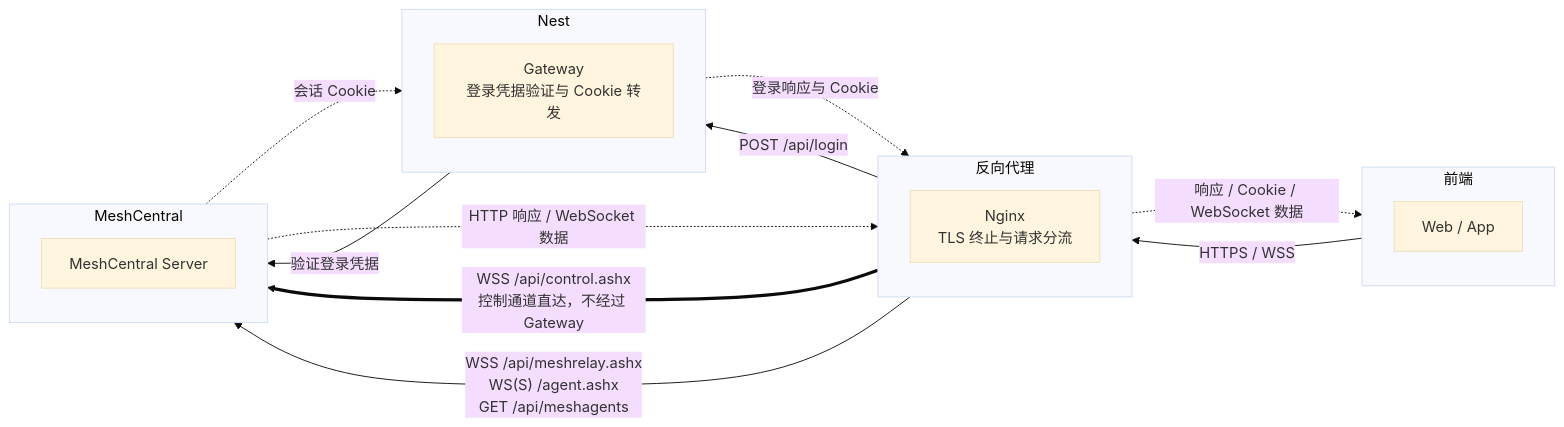
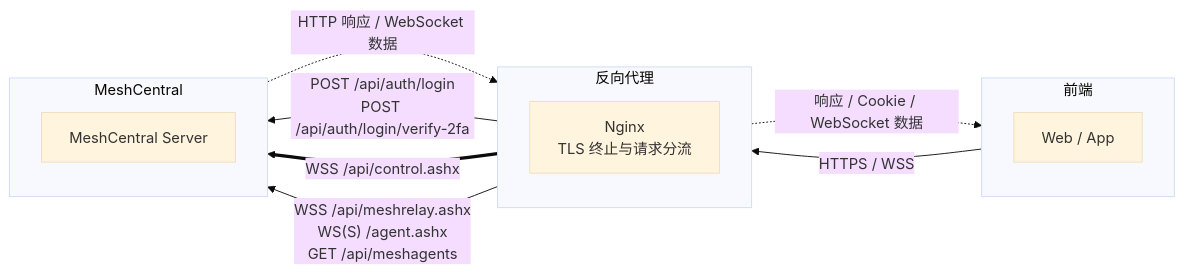
Before and after one commit to XiaoLop/nodexa-rmm: the diagram in deploy/README.md, drawn with Mermaid (base theme). The commit also changed other lines of this file and 52 other files, not shown here.

````diff
--- a/deploy/README.md
+++ b/deploy/README.md
@@ -80,32 +80,24 @@
 ```mermaid
 flowchart LR
   subgraph frontend["前端"]
     direction TB
     browser["Web / App"]
   end
 
   subgraph reverseProxy["反向代理"]
     direction TB
     nginx["Nginx<br/>TLS 终止与请求分流"]
   end
 
-  subgraph nest["Nest"]
-    direction TB
-    gateway["Gateway<br/>登录凭据验证与 Cookie 转发"]
-  end
-
   subgraph meshcentralLayer["MeshCentral"]
     direction TB
     meshcentral["MeshCentral Server"]
   end
 
   browser -->|"HTTPS / WSS"| nginx
-  nginx -->|"POST /api/login"| gateway
-  gateway -->|"验证登录凭据"| meshcentral
-  meshcentral -.->|"会话 Cookie"| gateway
-  gateway -.->|"登录响应与 Cookie"| nginx
-  nginx ==>|"WSS /api/control.ashx<br/>控制通道直达，不经过 Gateway"| meshcentral
+  nginx -->|"POST /api/auth/login<br/>POST /api/auth/login/verify-2fa"| meshcentral
+  nginx ==>|"WSS /api/control.ashx"| meshcentral
   nginx -->|"WSS /api/meshrelay.ashx<br/>WS(S) /agent.ashx<br/>GET /api/meshagents"| meshcentral
   meshcentral -.->|"HTTP 响应 / WebSocket 数据"| nginx
   nginx -.->|"响应 / Cookie / WebSocket 数据"| browser
 ```
````
